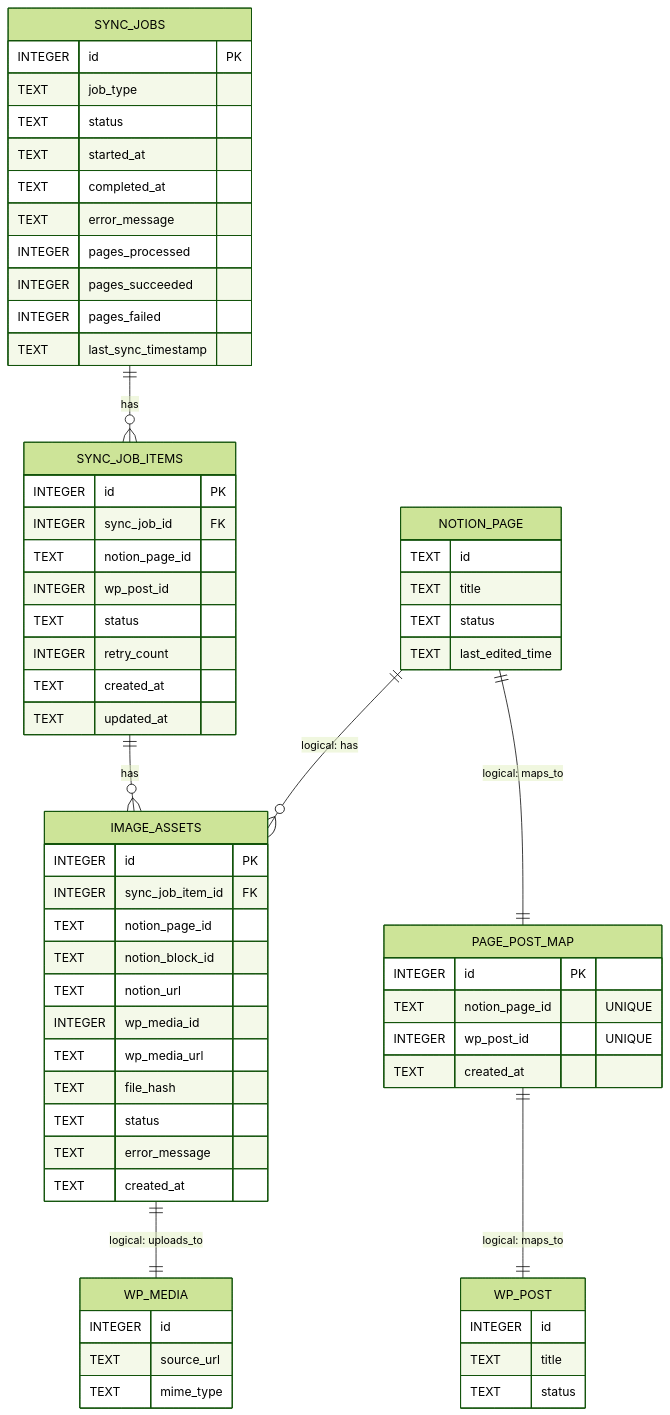
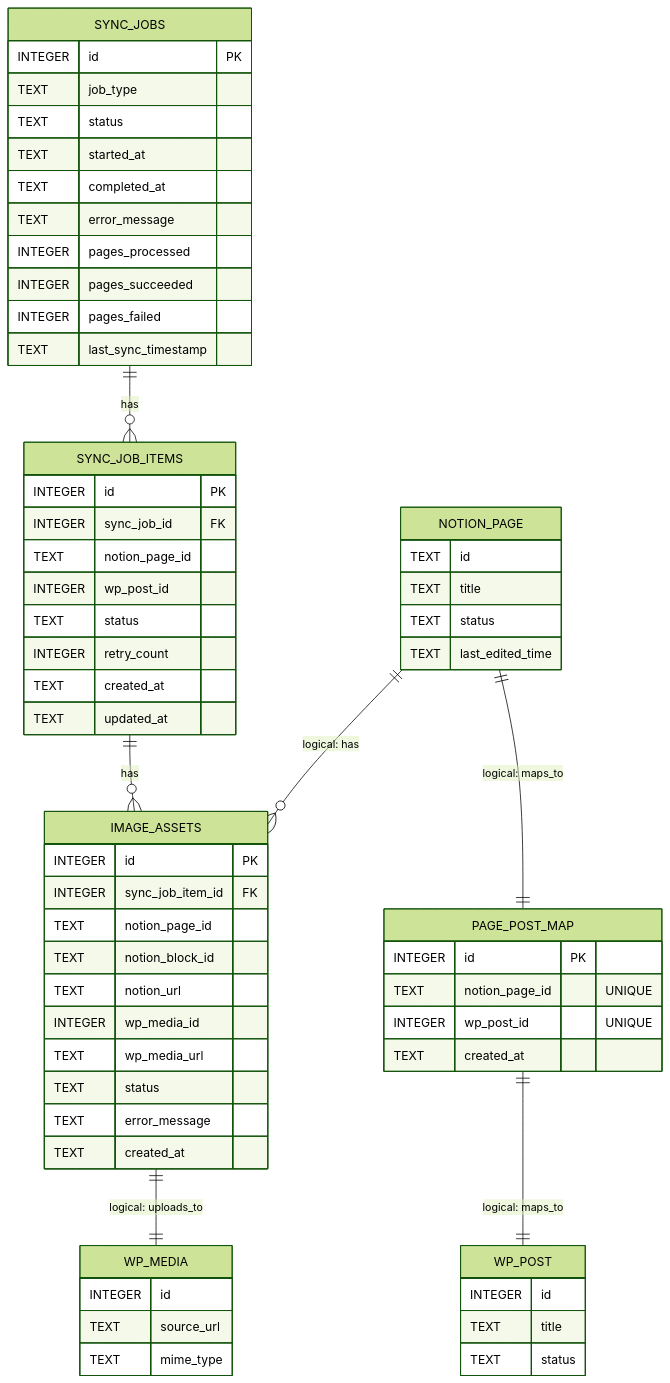
Before and after one commit to ramen4598/Notion2Wordpress: the diagram in specs/001-notion2wp-sync/diagrams/erd.md, drawn with Mermaid (forest theme). The commit also changed 5 other files, not shown here.

Commit message:
refactor: remove file_hash from image_assets schema and related interfaces

````diff
--- a/specs/001-notion2wp-sync/diagrams/erd.md
+++ b/specs/001-notion2wp-sync/diagrams/erd.md
@@ -3,76 +3,75 @@
 ```mermaid
 erDiagram
     SYNC_JOBS ||--o{ SYNC_JOB_ITEMS : has
     SYNC_JOB_ITEMS ||--o{ IMAGE_ASSETS : has
 
     SYNC_JOBS {
       INTEGER id PK
       TEXT job_type
       TEXT status
       TEXT started_at
       TEXT completed_at
       TEXT error_message
       INTEGER pages_processed
       INTEGER pages_succeeded
       INTEGER pages_failed
       TEXT last_sync_timestamp
     }
 
     SYNC_JOB_ITEMS {
       INTEGER id PK
       INTEGER sync_job_id FK
       TEXT notion_page_id
       INTEGER wp_post_id
       TEXT status
       INTEGER retry_count
       TEXT created_at
       TEXT updated_at
     }
 
     IMAGE_ASSETS {
       INTEGER id PK
       INTEGER sync_job_item_id FK
       TEXT notion_page_id
       TEXT notion_block_id
       TEXT notion_url
       INTEGER wp_media_id
       TEXT wp_media_url
-      TEXT file_hash
       TEXT status
       TEXT error_message
       TEXT created_at
     }
 
     PAGE_POST_MAP {
       INTEGER id PK
       TEXT notion_page_id "UNIQUE"
       INTEGER wp_post_id "UNIQUE"
       TEXT created_at
     }
 
     %% External (logical)
     NOTION_PAGE {
       TEXT id
       TEXT title
       TEXT status
       TEXT last_edited_time
     }
 
     WP_POST {
       INTEGER id
       TEXT title
       TEXT status
     }
 
     WP_MEDIA {
       INTEGER id
       TEXT source_url
       TEXT mime_type
     }
 
     %% Logical Relationships (no FK)
     NOTION_PAGE ||--o{ IMAGE_ASSETS : "logical: has"
     NOTION_PAGE ||--|| PAGE_POST_MAP : "logical: maps_to"
     PAGE_POST_MAP ||--|| WP_POST : "logical: maps_to"
     IMAGE_ASSETS ||--|| WP_MEDIA : "logical: uploads_to"
 ```
````
